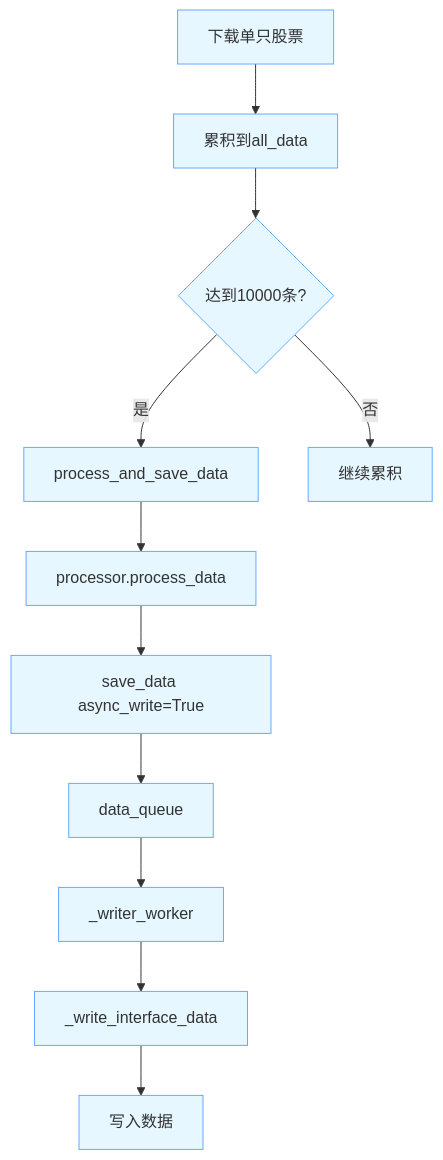
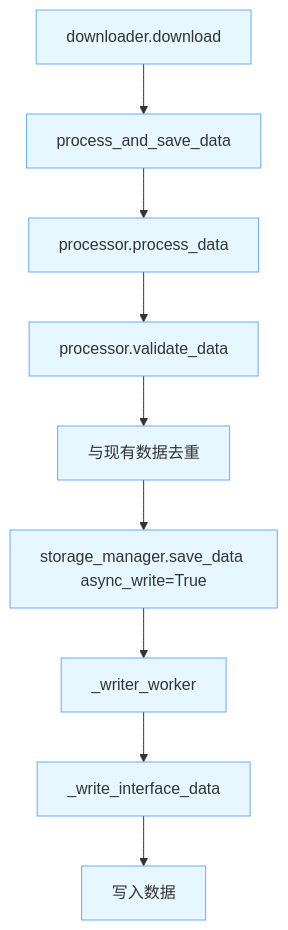
Diagram 15 of 15 in p/main_to_interface_flow.md (k2o333/quantaalpha), drawn with Mermaid before and after one commit. The commit also changed other lines of this file and 17 other files, not shown here.

````diff
--- a/p/main_to_interface_flow.md
+++ b/p/main_to_interface_flow.md
@@ -537,25 +341,21 @@
 ```mermaid
 graph TD
-    A[下载单只股票] --> B[累积到all_data]
-    B --> C{达到10000条?}
-    C -->|是| D[process_and_save_data]
-    C -->|否| E[继续累积]
-    D --> F[processor.process_data]
-    F --> G[save_data async_write=True]
-    G --> H[data_queue]
-    H --> I[_writer_worker]
-    I --> J[_write_interface_data]
-    J --> K[写入数据]
-    
+    A[downloader.download] --> B[process_and_save_data]
+    B --> C[processor.process_data]
+    C --> D[processor.validate_data]
+    D --> E[与现有数据去重]
+    E --> F[storage_manager.save_data async_write=True]
+    F --> G[_writer_worker]
+    G --> H[_write_interface_data]
+    H --> I[写入数据]
+
     style A fill:#e6f7ff,stroke:#66aaff
     style B fill:#e6f7ff,stroke:#66aaff
     style C fill:#e6f7ff,stroke:#66aaff
     style D fill:#e6f7ff,stroke:#66aaff
     style E fill:#e6f7ff,stroke:#66aaff
     style F fill:#e6f7ff,stroke:#66aaff
     style G fill:#e6f7ff,stroke:#66aaff
     style H fill:#e6f7ff,stroke:#66aaff
     style I fill:#e6f7ff,stroke:#66aaff
-    style J fill:#e6f7ff,stroke:#66aaff
-    style K fill:#e6f7ff,stroke:#66aaff
 ```
````
